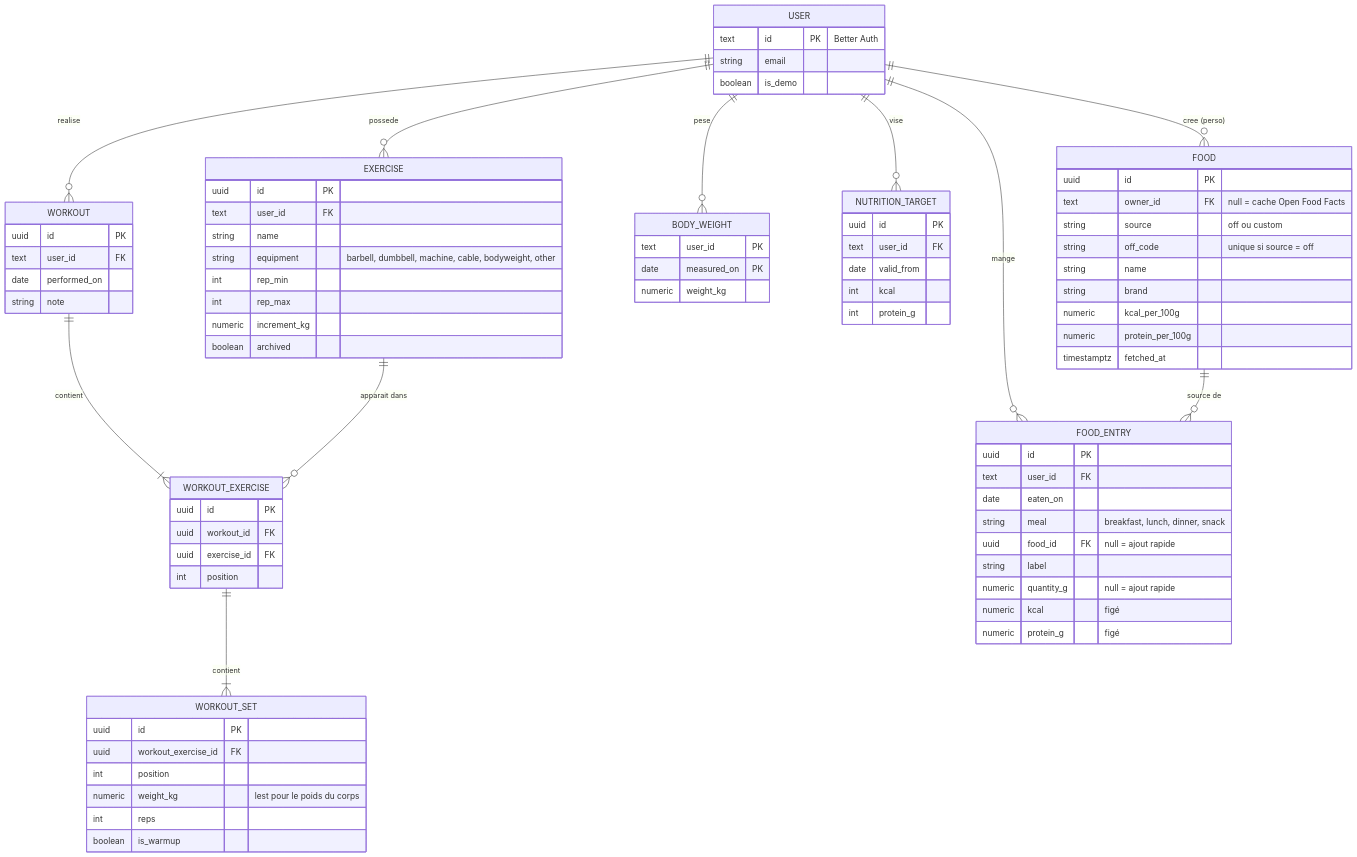
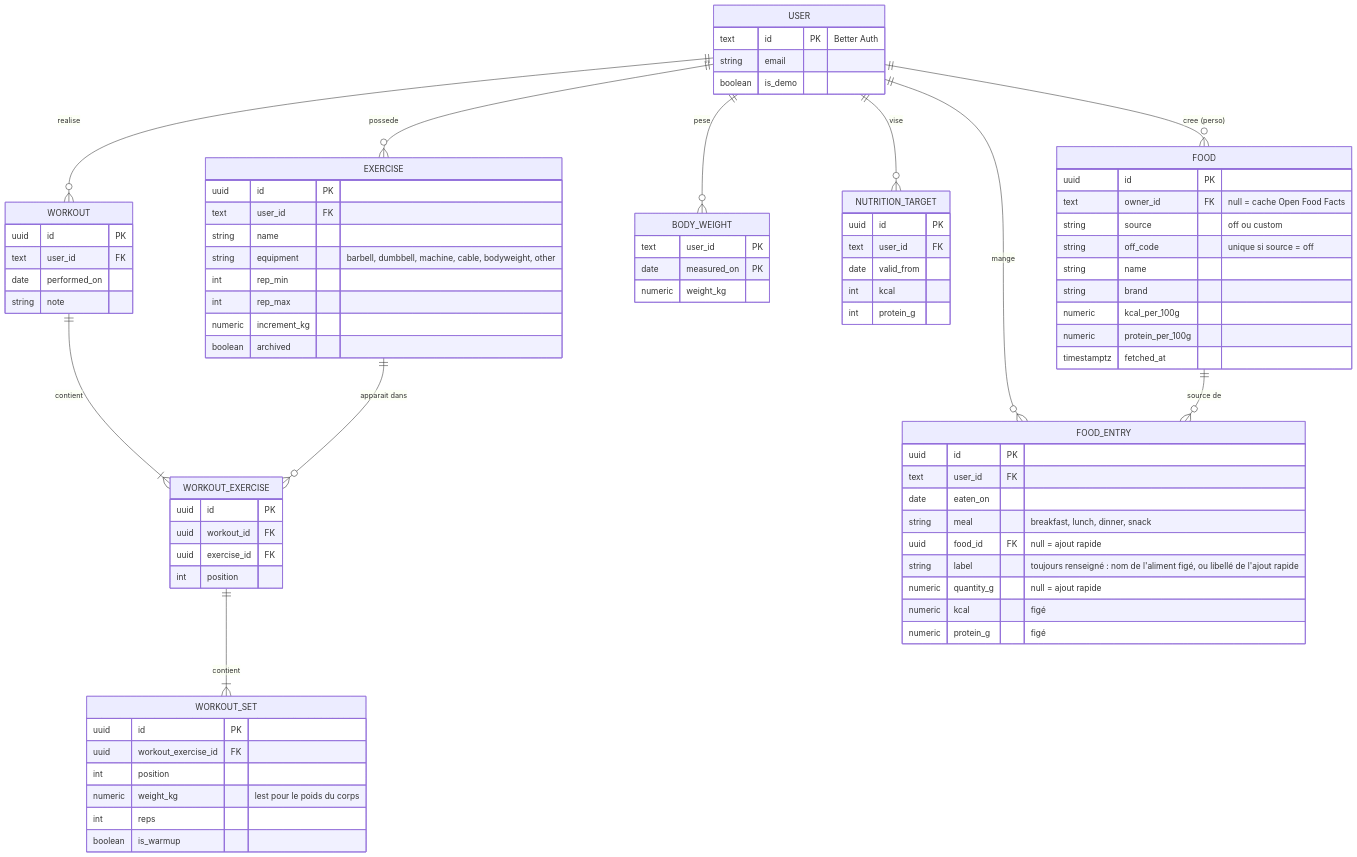
The sixth of 6 diagrams in docs/architecture.md (zakou24/maroutine), drawn with Mermaid before and after one commit. The commit also changed other lines of this file and 58 other files, not shown here.

```diff
--- a/docs/architecture.md
+++ b/docs/architecture.md
@@ -278,7 +278,7 @@
         date eaten_on
         string meal "breakfast, lunch, dinner, snack"
         uuid food_id FK "null = ajout rapide"
-        string label
+        string label "toujours renseigné : nom de l'aliment figé, ou libellé de l'ajout rapide"
         numeric quantity_g "null = ajout rapide"
         numeric kcal "figé"
         numeric protein_g "figé"
```
